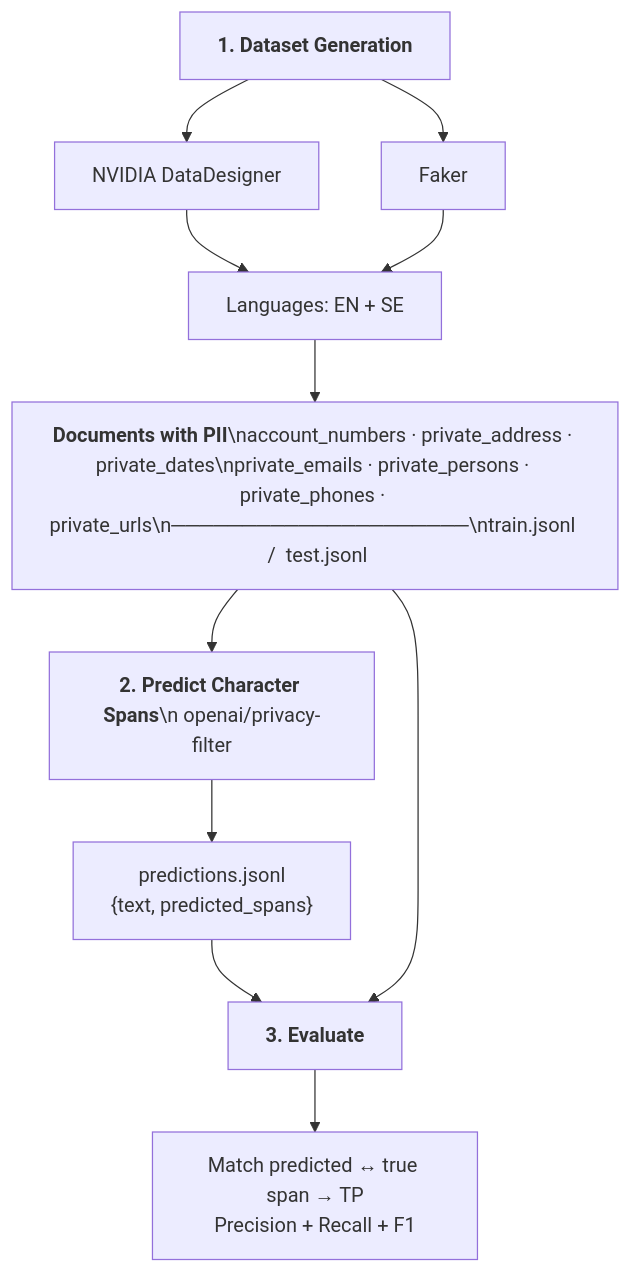
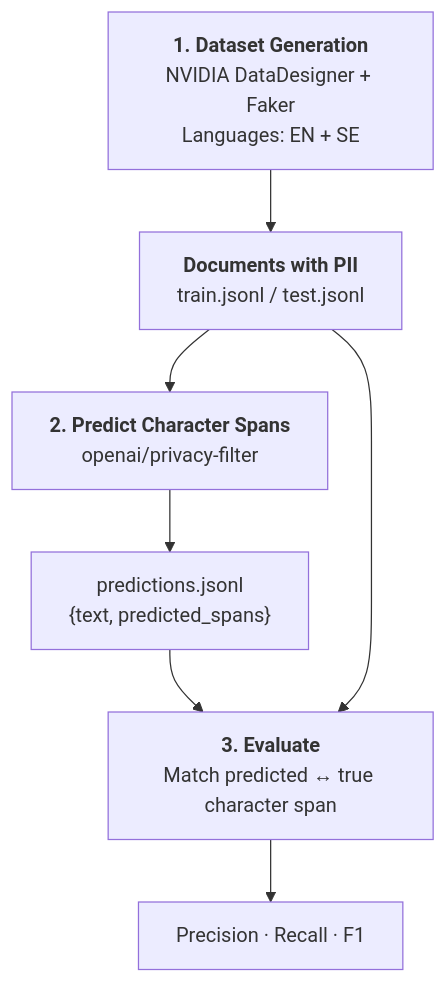
One commit to Hjalmar-Ohman/explore-openai-pii changed the diagram in diagram.md. Above: the diagram before and after it, drawn with Mermaid.

Commit message:
tighter diagram

````diff
--- a/diagram.md
+++ b/diagram.md
@@ -1,21 +1,23 @@
 ```mermaid
 flowchart TD
-    GEN["`**1. Dataset Generation**`"]
+    GEN["`**1. Dataset Generation**
 
-    GEN --> NV["NVIDIA DataDesigner"]
-    GEN --> FK["Faker"]
+NVIDIA DataDesigner + Faker
+Languages: EN + SE`"]
 
-    NV --> LANG["Languages: EN + SE"]
-    FK --> LANG
+    GEN --> DOCS["`**Documents with PII**
 
-    LANG --> DOCS["`**Documents with PII**\naccount_numbers · private_address · private_dates\nprivate_emails · private_persons · private_phones · private_urls\n─────────────────────\ntrain.jsonl  /  test.jsonl`"]
+train.jsonl  /  test.jsonl`"]
 
-    DOCS --> PRED["`**2. Predict Character Spans**\n openai/privacy-filter`"]
+    DOCS --> PRED["`**2. Predict Character Spans**
+openai/privacy-filter`"]
 
-    PRED --> POUT["predictions.jsonl\n{text, predicted_spans}"]
+    PRED --> POUT["`predictions.jsonl
+{text, predicted_spans}`"]
 
-    POUT --> EVAL["`**3. Evaluate**`"]
+    POUT --> EVAL["`**3. Evaluate**
+    Match predicted ↔ true character span`"]
     DOCS --> EVAL
 
-    EVAL --> METRICS["Match predicted ↔ true span → TP\nPrecision + Recall + F1"]
+    EVAL --> METRICS["`Precision  ·  Recall  ·  F1`"]
 ```
````
